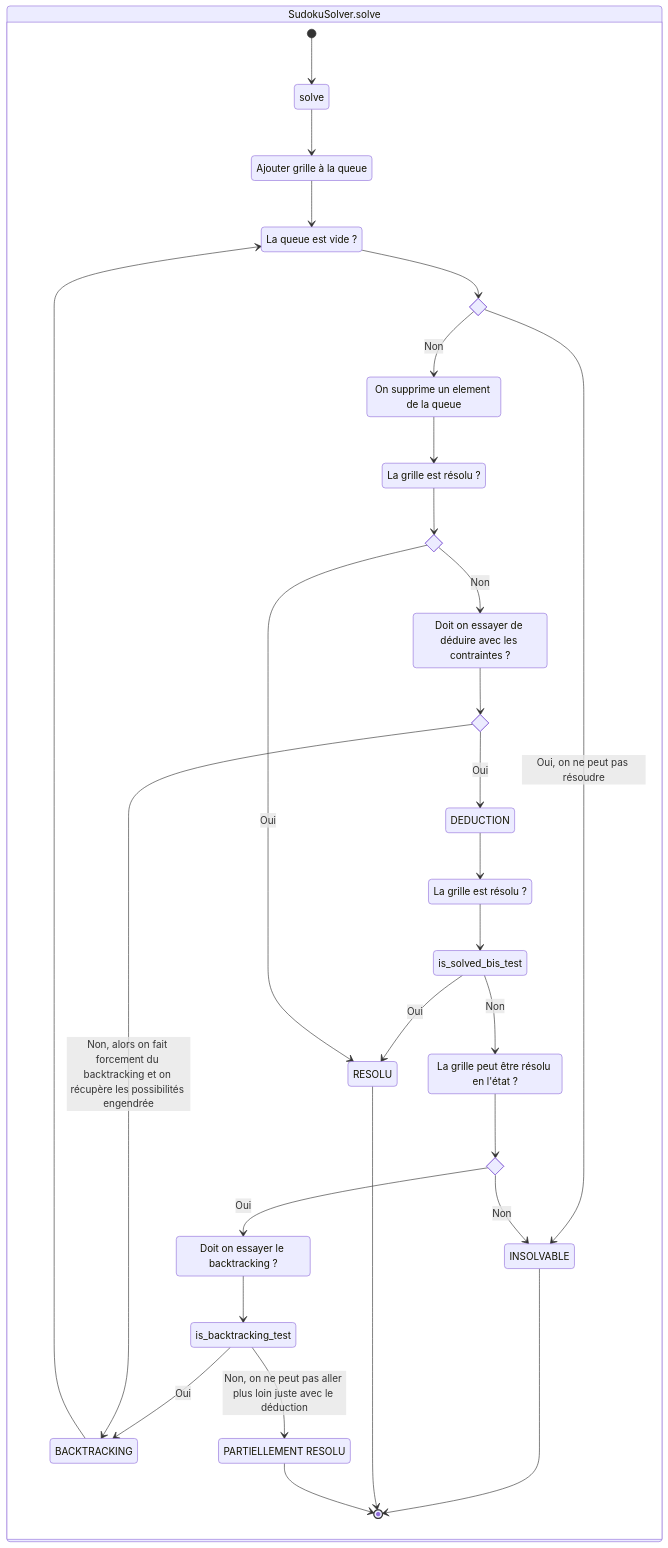
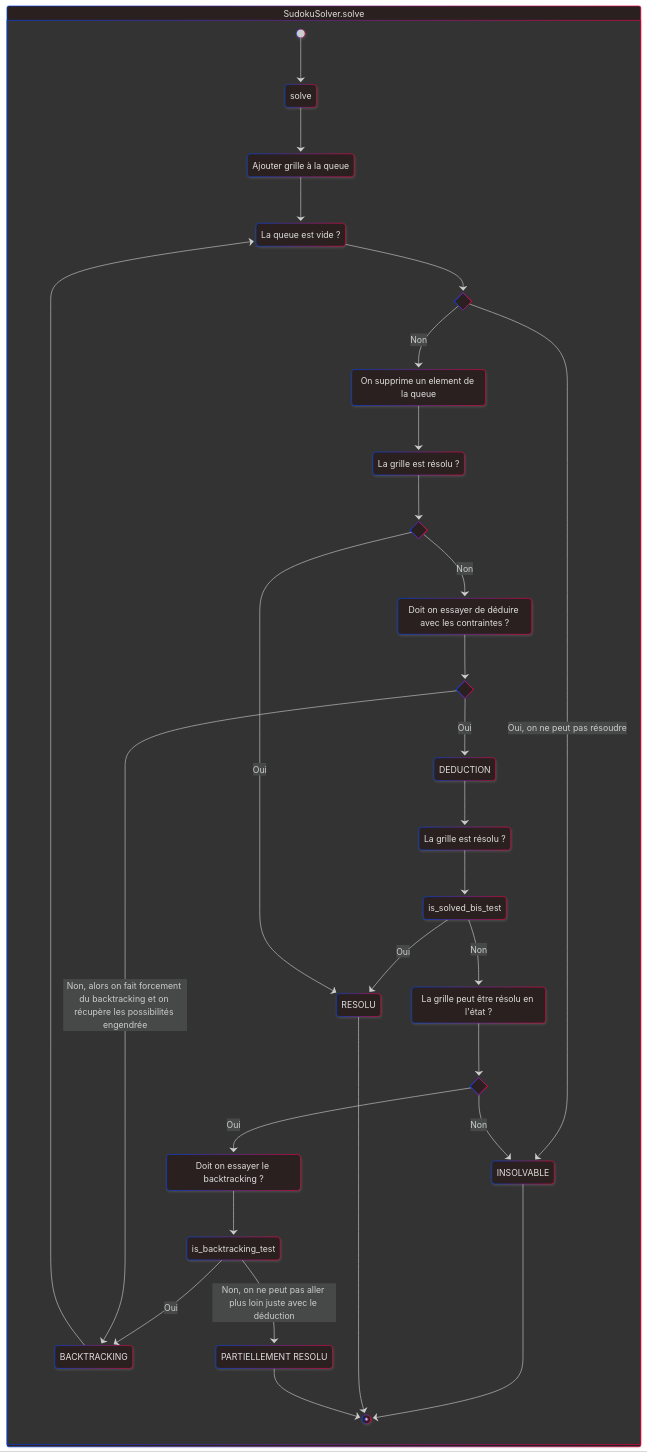
One commit to FlashOnFire/SUUUUUUUUUUUudoku changed the sixth of 7 diagrams in README.md. Above: the diagram before and after it, drawn with Mermaid. The commit also changed other lines of this file and 2 other files, not shown here.

````diff
--- a/README.md
+++ b/README.md
@@ -527,61 +662,66 @@
 ```mermaid
+---
+config:
+  theme: neo-dark
+  look: neo
+---
 stateDiagram
     queue_init: Ajouter grille à la queue
     boucle: La queue est vide ?
     if_solved: La grille est résolu ?
     partial: PARTIELLEMENT RESOLU
     suppress: On supprime un element de la queue
     SudokuSolver.doBacktracking: BACKTRACKING
 SudokuSolver.solveDeduction: DEDUCTION
 
 state SudokuSolver.solve {
 SudokuSolver.doBacktracking --> boucle
 [*] --> solve
 solve --> queue_init
 queue_init --> boucle
 
 state boucle_test <<choice>>
 boucle --> boucle_test
 boucle_test --> suppress: Non
 suppress --> if_solved
 boucle_test --> INSOLVABLE: Oui, on ne peut pas résoudre
 INSOLVABLE --> [*]
 
 state is_solved_test <<choice>>
 if_solved --> is_solved_test
 is_solved_test --> if_deduced: Non
 
 is_solved_bis_test --> RESOLU: Oui
 is_solved_test --> RESOLU: Oui
 RESOLU --> [*]
 
 if_deduced: Doit on essayer de déduire avec les contraintes ?
 state is_deduced_test <<choice>>
 if_deduced --> is_deduced_test
 is_backtracking_test --> SudokuSolver.doBacktracking: Oui
 is_deduced_test --> SudokuSolver.doBacktracking: Non, alors on fait forcement du backtracking et on récupère les possibilités engendrée
 is_deduced_test --> SudokuSolver.solveDeduction: Oui
 
 if_solved_bis: La grille est résolu ?
 SudokuSolver.solveDeduction --> if_solved_bis
 state is_solved_bis_test <<choice>>
 if_solved_bis --> is_solved_bis_test
 is_solved_bis_test --> if_unsolvable: Non
 
 if_unsolvable: La grille peut être résolu en l'état ?
 state is_unsolvable_test <<choice>>
 if_unsolvable --> is_unsolvable_test
 is_unsolvable_test --> INSOLVABLE: Non
 is_unsolvable_test --> if_backtracking: Oui
 
 if_backtracking: Doit on essayer le backtracking ?
 state is_backtracking_test <<choice>>
 if_backtracking --> is_backtracking_test
 is_backtracking_test --> partial: Non, on ne peut pas aller plus loin juste avec le déduction
 
 
 partial --> [*]
 
 
 }
 ```
````
